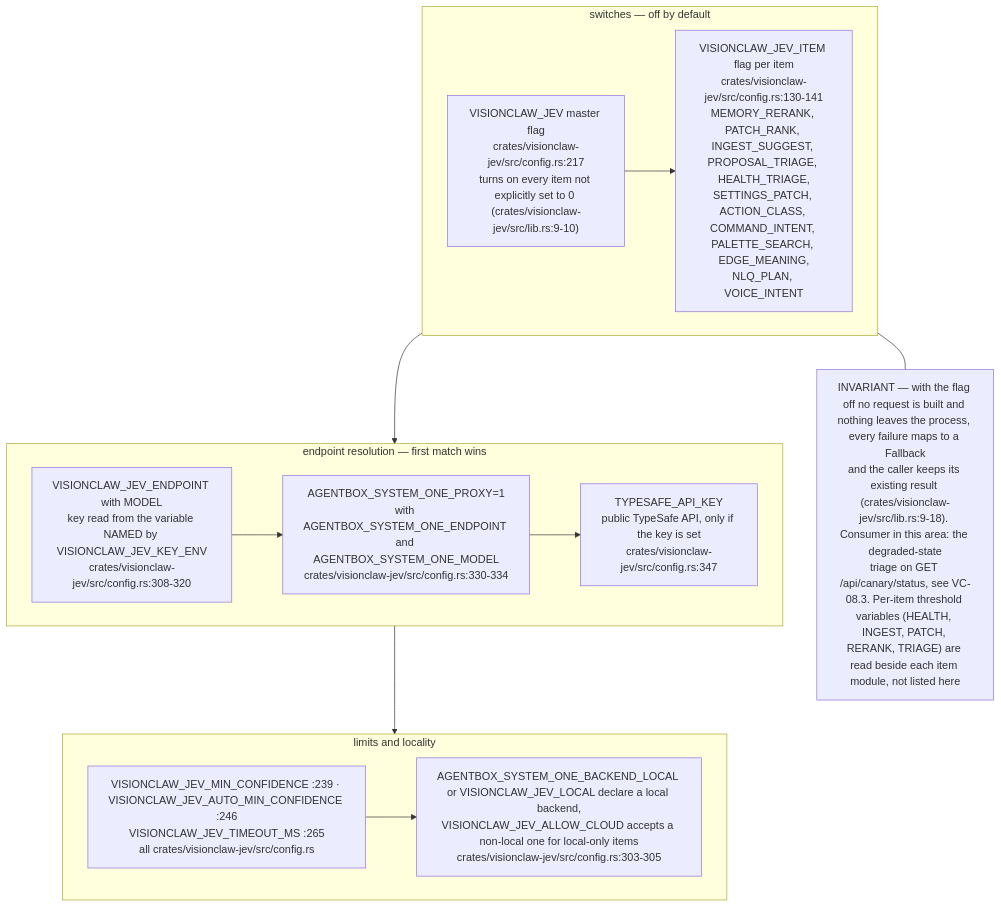
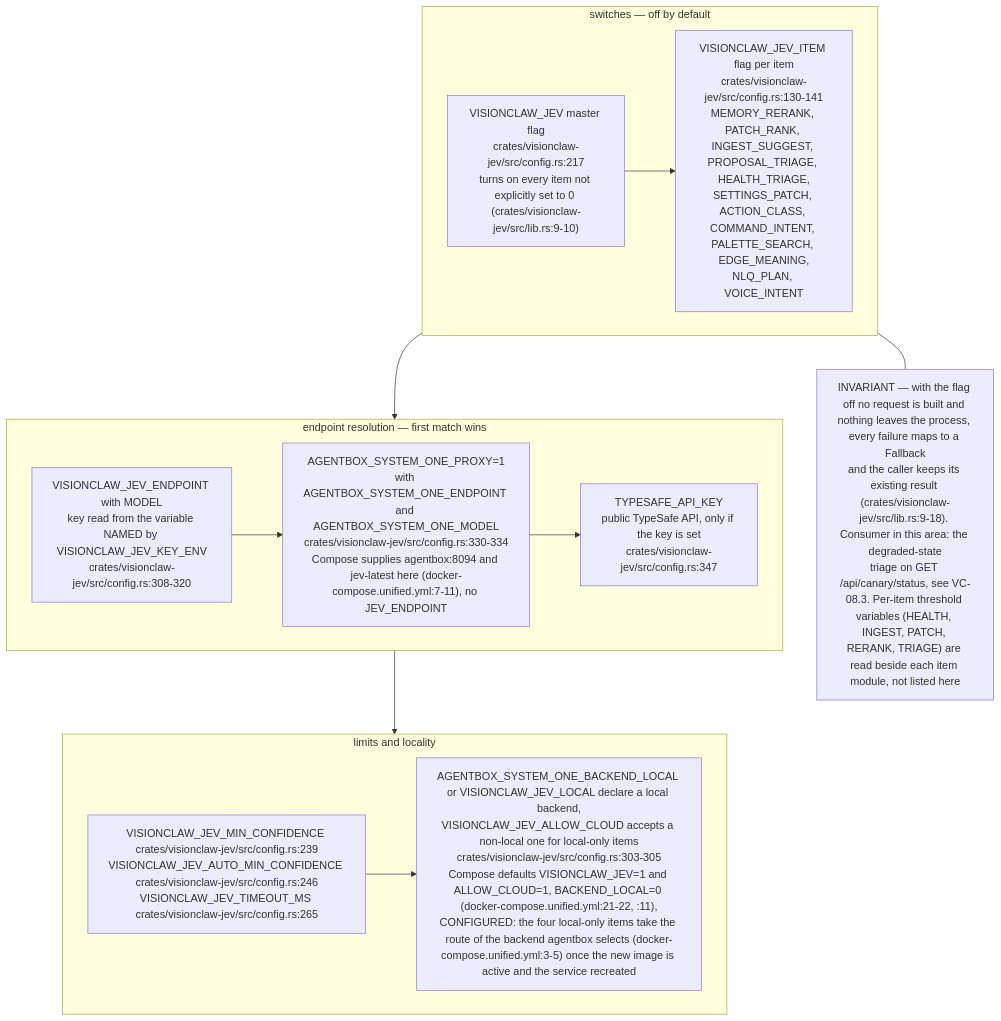
Before and after one commit to DreamLab-AI/VisionFlow: diagram 16 of 16 in docs/diagrams/visionclaw/09-config-and-env-flags.md, drawn with Mermaid. The commit also changed other lines of this file and 142 other files, not shown here.

First line of the commit message:
docs(diagrams): one System One route; re-verify 140 topics at today's heads

````diff
--- a/docs/diagrams/visionclaw/09-config-and-env-flags.md
+++ b/docs/diagrams/visionclaw/09-config-and-env-flags.md
@@ -570,15 +571,15 @@
 ```mermaid
 flowchart TB
     subgraph ON["switches — off by default"]
         J1["VISIONCLAW_JEV master flag<br/>crates/visionclaw-jev/src/config.rs:217<br/>turns on every item not explicitly set to 0 (crates/visionclaw-jev/src/lib.rs:9-10)"] --> J2["VISIONCLAW_JEV_ITEM flag per item<br/>crates/visionclaw-jev/src/config.rs:130-141<br/>MEMORY_RERANK, PATCH_RANK, INGEST_SUGGEST, PROPOSAL_TRIAGE, HEALTH_TRIAGE,<br/>SETTINGS_PATCH, ACTION_CLASS, COMMAND_INTENT, PALETTE_SEARCH, EDGE_MEANING,<br/>NLQ_PLAN, VOICE_INTENT"]
     end
     subgraph EP["endpoint resolution — first match wins"]
-        E1["VISIONCLAW_JEV_ENDPOINT with MODEL<br/>key read from the variable NAMED by VISIONCLAW_JEV_KEY_ENV<br/>crates/visionclaw-jev/src/config.rs:308-320"] --> E2["AGENTBOX_SYSTEM_ONE_PROXY=1<br/>with AGENTBOX_SYSTEM_ONE_ENDPOINT and AGENTBOX_SYSTEM_ONE_MODEL<br/>crates/visionclaw-jev/src/config.rs:330-334"] --> E3["TYPESAFE_API_KEY<br/>public TypeSafe API, only if the key is set<br/>crates/visionclaw-jev/src/config.rs:347"]
+        E1["VISIONCLAW_JEV_ENDPOINT with MODEL<br/>key read from the variable NAMED by VISIONCLAW_JEV_KEY_ENV<br/>crates/visionclaw-jev/src/config.rs:308-320"] --> E2["AGENTBOX_SYSTEM_ONE_PROXY=1<br/>with AGENTBOX_SYSTEM_ONE_ENDPOINT and AGENTBOX_SYSTEM_ONE_MODEL<br/>crates/visionclaw-jev/src/config.rs:330-334<br/>Compose supplies agentbox:8094 and jev-latest here (docker-compose.unified.yml:7-11), no JEV_ENDPOINT"] --> E3["TYPESAFE_API_KEY<br/>public TypeSafe API, only if the key is set<br/>crates/visionclaw-jev/src/config.rs:347"]
     end
     subgraph LIM["limits and locality"]
-        L1["VISIONCLAW_JEV_MIN_CONFIDENCE :239 · VISIONCLAW_JEV_AUTO_MIN_CONFIDENCE :246<br/>VISIONCLAW_JEV_TIMEOUT_MS :265<br/>all crates/visionclaw-jev/src/config.rs"] --> L2["AGENTBOX_SYSTEM_ONE_BACKEND_LOCAL or VISIONCLAW_JEV_LOCAL declare a local backend,<br/>VISIONCLAW_JEV_ALLOW_CLOUD accepts a non-local one for local-only items<br/>crates/visionclaw-jev/src/config.rs:303-305"]
+        L1["VISIONCLAW_JEV_MIN_CONFIDENCE crates/visionclaw-jev/src/config.rs:239<br/>VISIONCLAW_JEV_AUTO_MIN_CONFIDENCE crates/visionclaw-jev/src/config.rs:246<br/>VISIONCLAW_JEV_TIMEOUT_MS crates/visionclaw-jev/src/config.rs:265"] --> L2["AGENTBOX_SYSTEM_ONE_BACKEND_LOCAL or VISIONCLAW_JEV_LOCAL declare a local backend,<br/>VISIONCLAW_JEV_ALLOW_CLOUD accepts a non-local one for local-only items<br/>crates/visionclaw-jev/src/config.rs:303-305<br/>Compose defaults VISIONCLAW_JEV=1 and ALLOW_CLOUD=1, BACKEND_LOCAL=0 (docker-compose.unified.yml:21-22, :11),<br/>CONFIGURED: the four local-only items take the route of the backend agentbox selects (docker-compose.unified.yml:3-5) once the new image is active and the service recreated"]
     end
     ON --> EP --> LIM
     N["INVARIANT — with the flag off no request is built and nothing leaves the process, every failure maps to a Fallback<br/>and the caller keeps its existing result (crates/visionclaw-jev/src/lib.rs:9-18). Consumer in this area: the degraded-state<br/>triage on GET /api/canary/status, see VC-08.3. Per-item threshold variables (HEALTH, INGEST, PATCH, RERANK, TRIAGE) are read beside each item module, not listed here"]
     ON --- N
 ```
````
